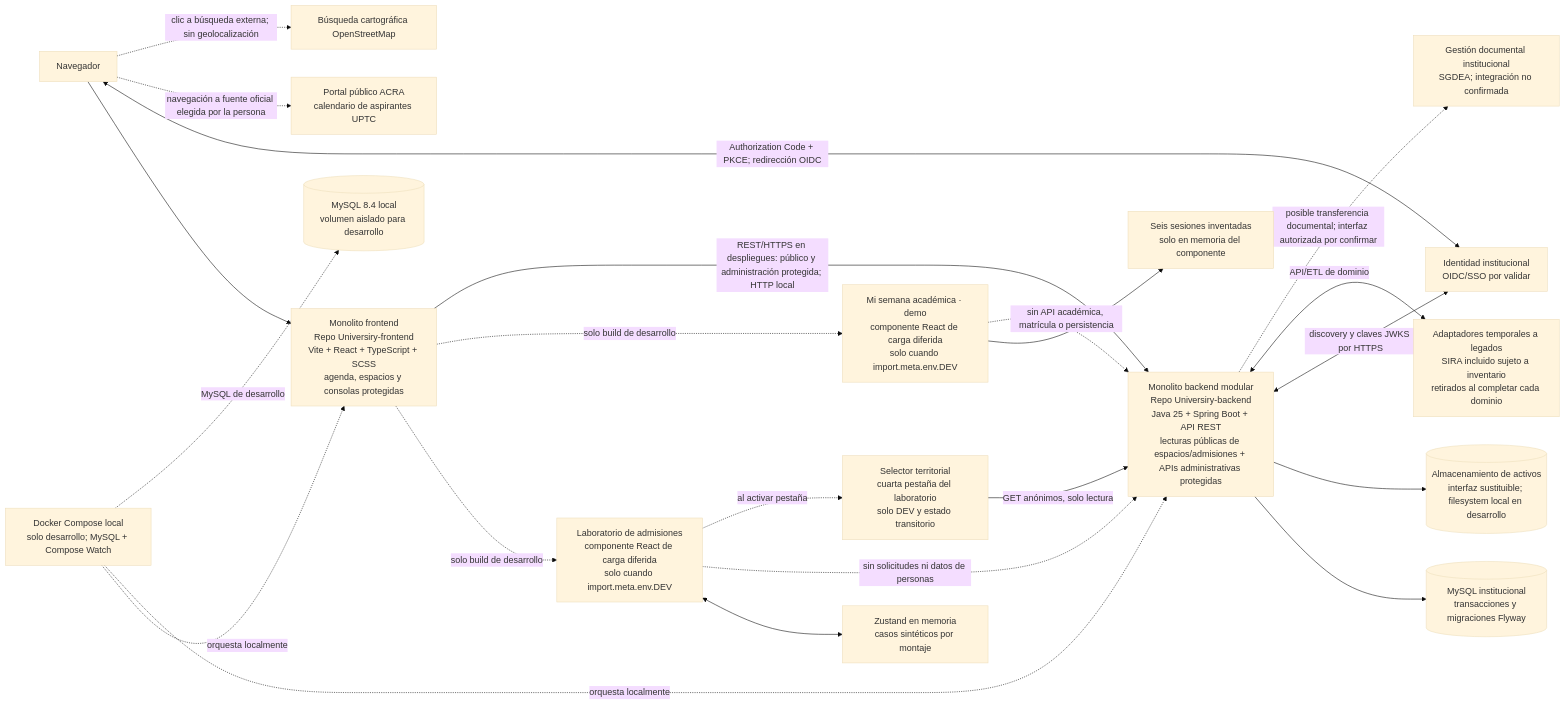
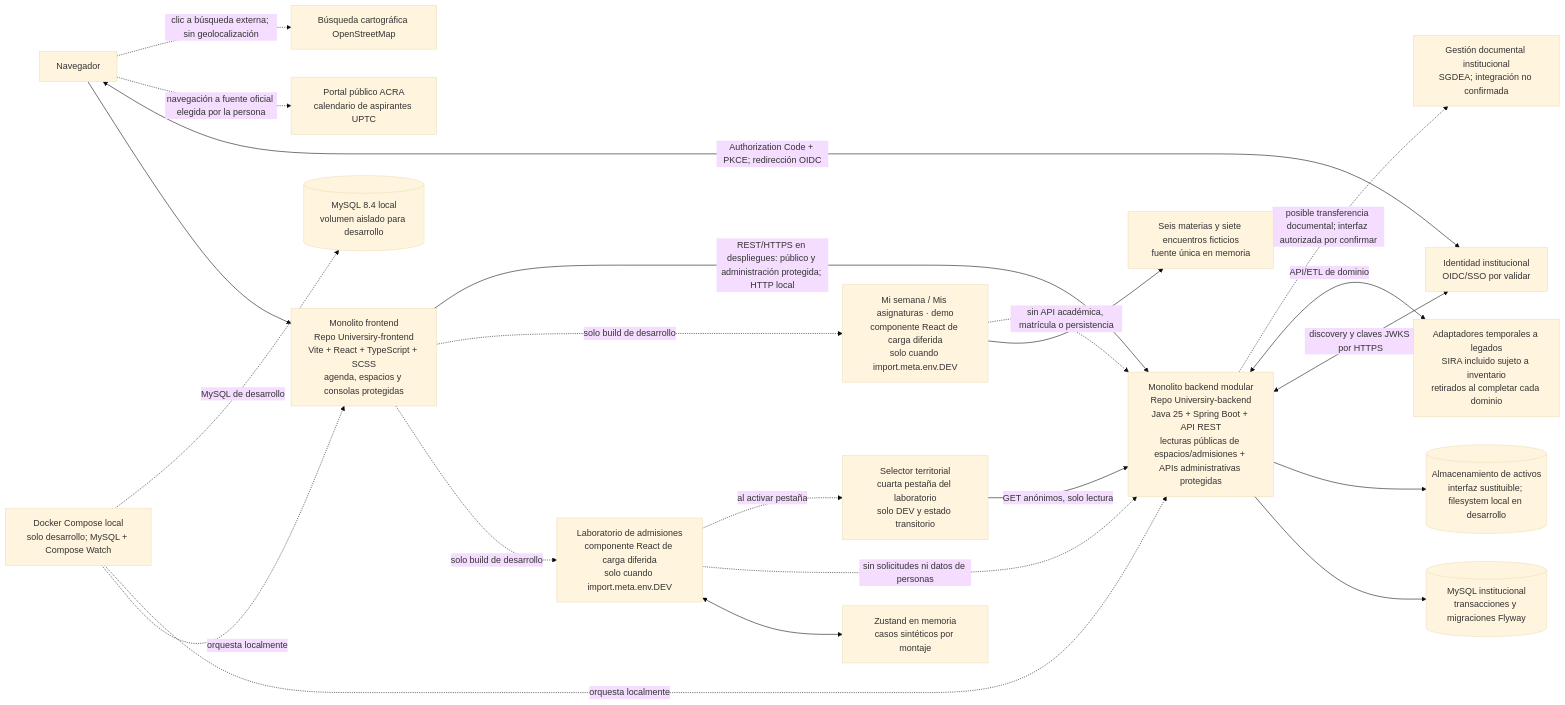
Before and after one commit to jdsalasca/open-university-backend: the second of 3 diagrams in docs/architecture/c4.md, drawn with Mermaid (base theme). The commit also changed other lines of this file and 4 other files, not shown here.

Commit message:
docs: map student academic subjects demo

````diff
--- a/docs/architecture/c4.md
+++ b/docs/architecture/c4.md
@@ -60,42 +60,42 @@
 ```mermaid
 flowchart LR
   Browser[Navegador]
   Frontend[Monolito frontend\nRepo Universiry-frontend\nVite + React + TypeScript + SCSS\nagenda, espacios y consolas protegidas]
   AdmissionsLab[Laboratorio de admisiones\ncomponente React de carga diferida\nsolo cuando import.meta.env.DEV]
   TerritorialDemo[Selector territorial\ncuarta pestaña del laboratorio\nsolo DEV y estado transitorio]
   DemoStore[Zustand en memoria\ncasos sintéticos por montaje]
-  StudentWeekDemo[Mi semana académica · demo\ncomponente React de carga diferida\nsolo cuando import.meta.env.DEV]
-  StudentWeekFixtures[Seis sesiones inventadas\nsolo en memoria del componente]
+  StudentAcademicDemo[Mi semana / Mis asignaturas · demo\ncomponente React de carga diferida\nsolo cuando import.meta.env.DEV]
+  StudentAcademicFixtures[Seis materias y siete encuentros ficticios\nfuente única en memoria]
   Backend[Monolito backend modular\nRepo Universiry-backend\nJava 25 + Spring Boot + API REST\nlecturas públicas de espacios/admisiones + APIs administrativas protegidas]
   DB[(MySQL institucional\ntransacciones y migraciones Flyway)]
   DevDB[(MySQL 8.4 local\nvolumen aislado para desarrollo)]
   Assets[(Almacenamiento de activos\ninterfaz sustituible; filesystem local en desarrollo)]
   IdP[Identidad institucional\nOIDC/SSO por validar]
   ACRA[Portal público ACRA\ncalendario de aspirantes UPTC]
   OSM[Búsqueda cartográfica OpenStreetMap]
   Legacy[Adaptadores temporales a legados\nSIRA incluido sujeto a inventario\nretirados al completar cada dominio]
   SGDEA[Gestión documental institucional\nSGDEA; integración no confirmada]
   DevCompose[Docker Compose local\nsolo desarrollo; MySQL + Compose Watch]
 
   Browser --> Frontend
   Frontend -.->|solo build de desarrollo| AdmissionsLab
   AdmissionsLab <--> DemoStore
   AdmissionsLab -. sin solicitudes ni datos de personas .-> Backend
   AdmissionsLab -. al activar pestaña .-> TerritorialDemo
   TerritorialDemo -->|GET anónimos, solo lectura| Backend
-  Frontend -.->|solo build de desarrollo| StudentWeekDemo
-  StudentWeekDemo --> StudentWeekFixtures
-  StudentWeekDemo -. sin API académica, matrícula o persistencia .-> Backend
+  Frontend -.->|solo build de desarrollo| StudentAcademicDemo
+  StudentAcademicDemo --> StudentAcademicFixtures
+  StudentAcademicDemo -. sin API académica, matrícula o persistencia .-> Backend
   Frontend -->|REST/HTTPS en despliegues: público y administración protegida; HTTP local| Backend
   Browser <-->|Authorization Code + PKCE; redirección OIDC| IdP
   Browser -.->|navegación a fuente oficial elegida por la persona| ACRA
   Browser -.->|clic a búsqueda externa; sin geolocalización| OSM
   Backend --> DB
   Backend --> Assets
   Backend <-->|discovery y claves JWKS por HTTPS| IdP
   Backend <-->|API/ETL de dominio| Legacy
   Backend -.->|posible transferencia documental; interfaz autorizada por confirmar| SGDEA
   DevCompose -. orquesta localmente .-> Frontend
   DevCompose -. orquesta localmente .-> Backend
   DevCompose -. MySQL de desarrollo .-> DevDB
 ```
````
